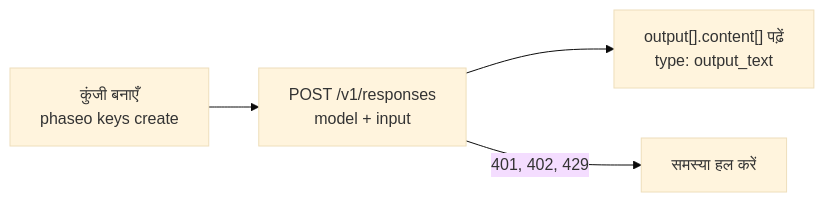
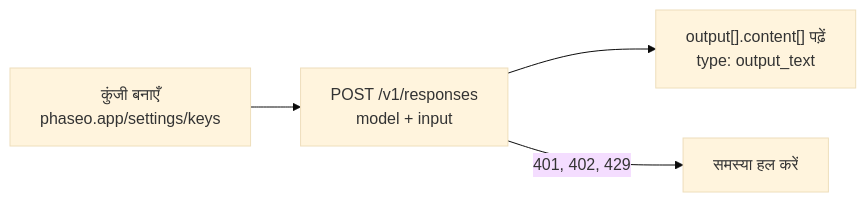
One commit to phaseoteam/Phaseo changed the diagram in apps/docs/hi/v1/quickstart.mdx. Above: the diagram before and after it, drawn with Mermaid (base theme). The commit also changed other lines of this file and 238 other files, not shown here.

````diff
--- a/apps/docs/hi/v1/quickstart.mdx
+++ b/apps/docs/hi/v1/quickstart.mdx
@@ -9,6 +9,6 @@
 ```mermaid
 flowchart LR
-  key["कुंजी बनाएँ<br/>phaseo keys create"] --> req["POST /v1/responses<br/>model + input"]
+  key["कुंजी बनाएँ<br/>phaseo.app/settings/keys"] --> req["POST /v1/responses<br/>model + input"]
   req --> read["output[].content[] पढ़ें<br/>type: output_text"]
   req -->|"401, 402, 429"| fix["समस्या हल करें"]
 ```
````
